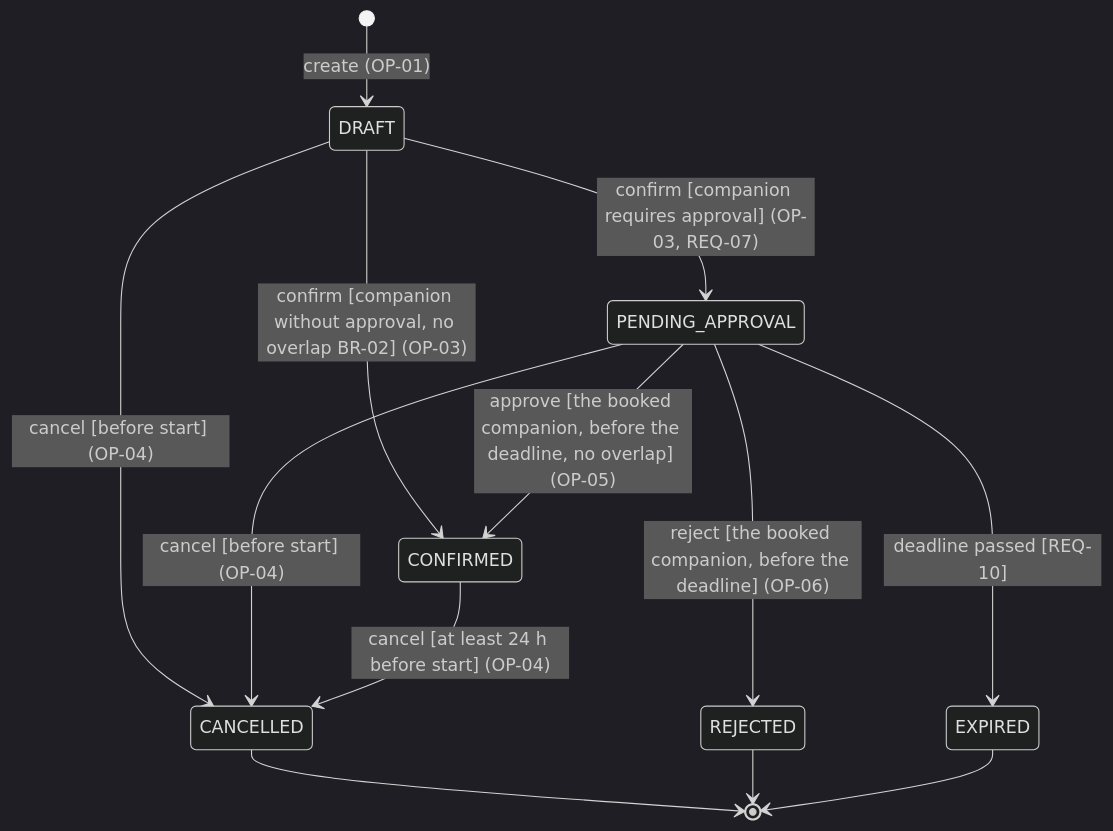
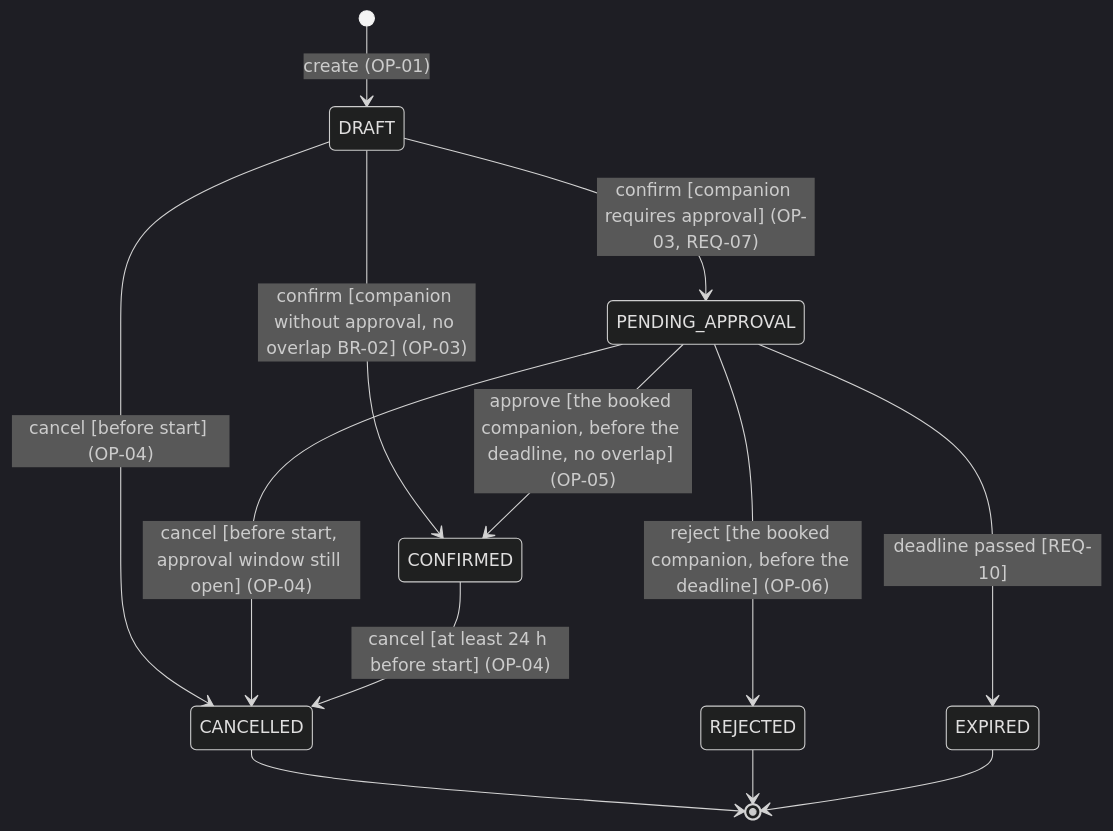
One commit to palcat13/SWI-Projekt changed the eighth of 9 diagrams in docs/specification.md. Above: the diagram before and after it, drawn with Mermaid (dark theme). The commit also changed other lines of this file and 1 other file, not shown here.

````diff
--- a/docs/specification.md
+++ b/docs/specification.md
@@ -515,15 +519,15 @@
 ```mermaid
 stateDiagram-v2
   [*] --> DRAFT: create (OP-01)
   DRAFT --> CONFIRMED: confirm [companion without approval, no overlap BR-02] (OP-03)
   DRAFT --> PENDING_APPROVAL: confirm [companion requires approval] (OP-03, REQ-07)
   DRAFT --> CANCELLED: cancel [before start] (OP-04)
   PENDING_APPROVAL --> CONFIRMED: approve [the booked companion, before the deadline, no overlap] (OP-05)
   PENDING_APPROVAL --> REJECTED: reject [the booked companion, before the deadline] (OP-06)
   PENDING_APPROVAL --> EXPIRED: deadline passed [REQ-10]
-  PENDING_APPROVAL --> CANCELLED: cancel [before start] (OP-04)
+  PENDING_APPROVAL --> CANCELLED: cancel [before start, approval window still open] (OP-04)
   CONFIRMED --> CANCELLED: cancel [at least 24 h before start] (OP-04)
   CANCELLED --> [*]
   REJECTED --> [*]
   EXPIRED --> [*]
 ```
````
